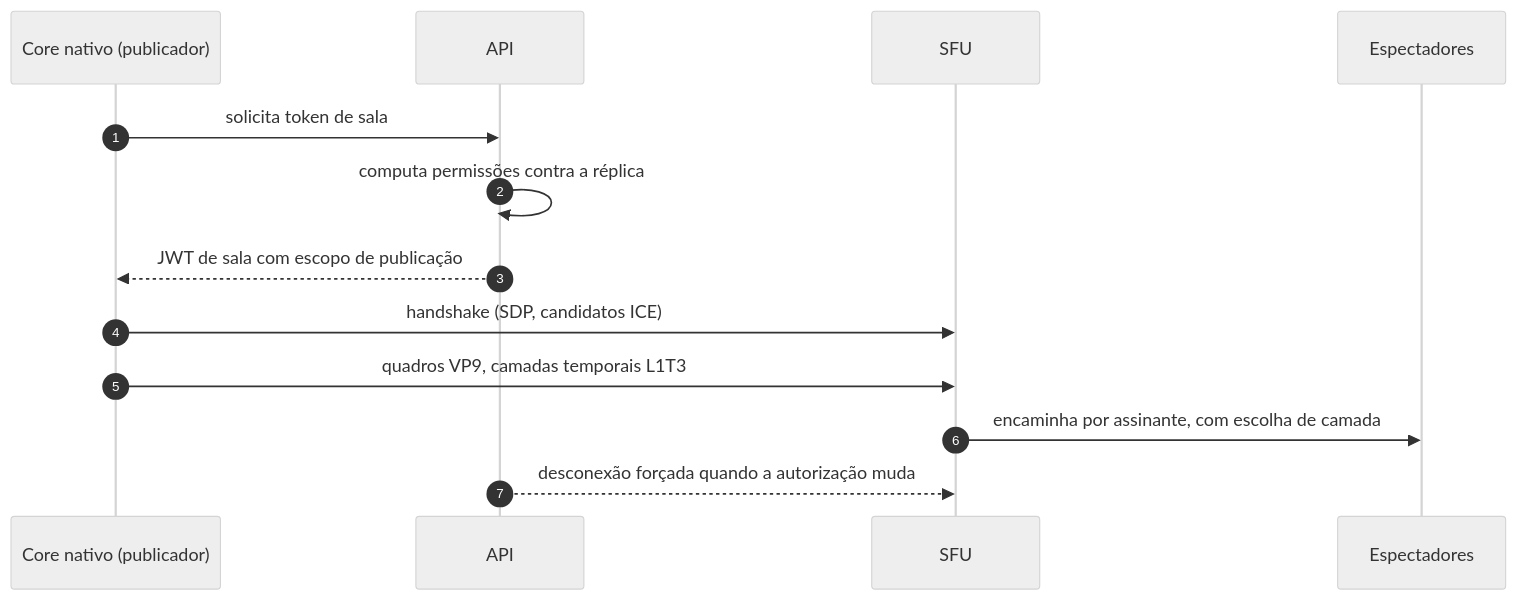
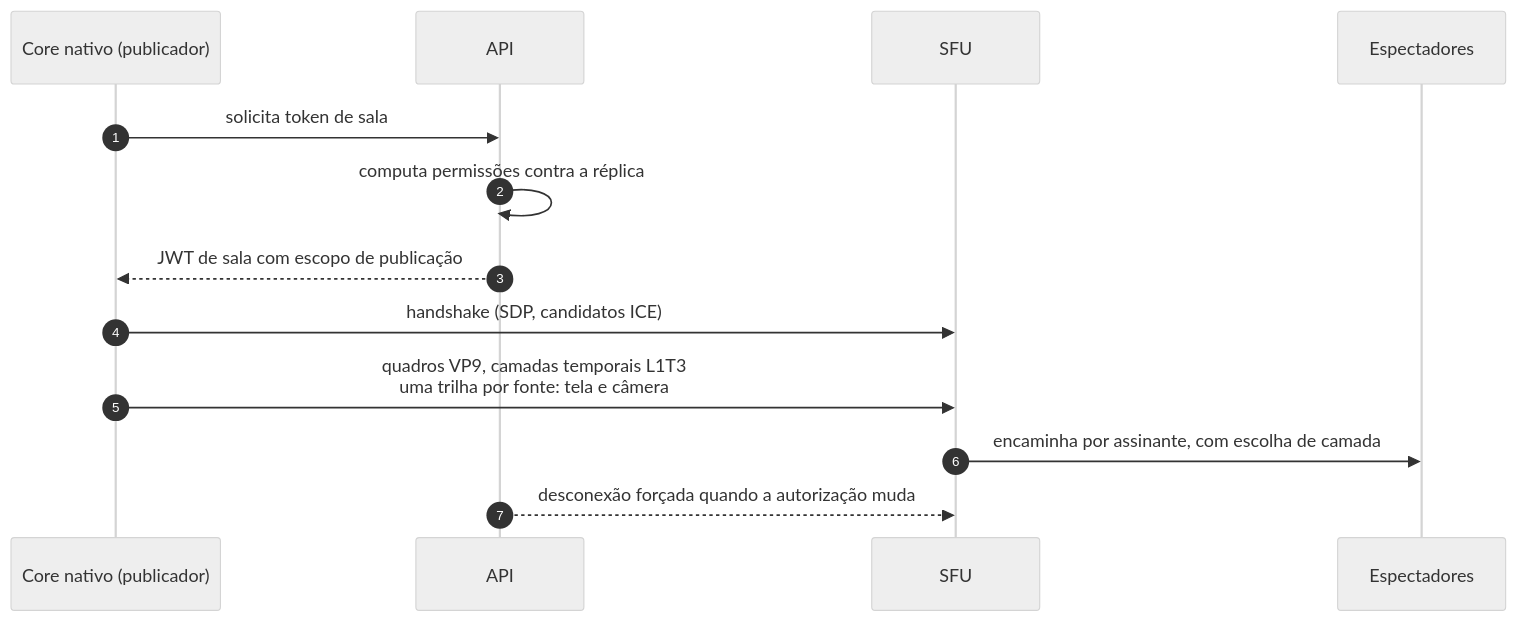
The third of 3 diagrams in README.md (Davi-Noah/ldktela), drawn with Mermaid (neutral theme) before and after one commit. The commit also changed other lines of this file, not shown here.

````diff
--- a/README.md
+++ b/README.md
@@ -143,16 +152,16 @@
 ```mermaid
 sequenceDiagram
     autonumber
     participant C as Core nativo (publicador)
     participant A as API
     participant S as SFU
     participant V as Espectadores
 
     C->>A: solicita token de sala
     A->>A: computa permissões contra a réplica
     A-->>C: JWT de sala com escopo de publicação
     C->>S: handshake (SDP, candidatos ICE)
-    C->>S: quadros VP9, camadas temporais L1T3
+    C->>S: quadros VP9, camadas temporais L1T3<br/>uma trilha por fonte: tela e câmera
     S->>V: encaminha por assinante, com escolha de camada
     A-->>S: desconexão forçada quando a autorização muda
 ```
````
